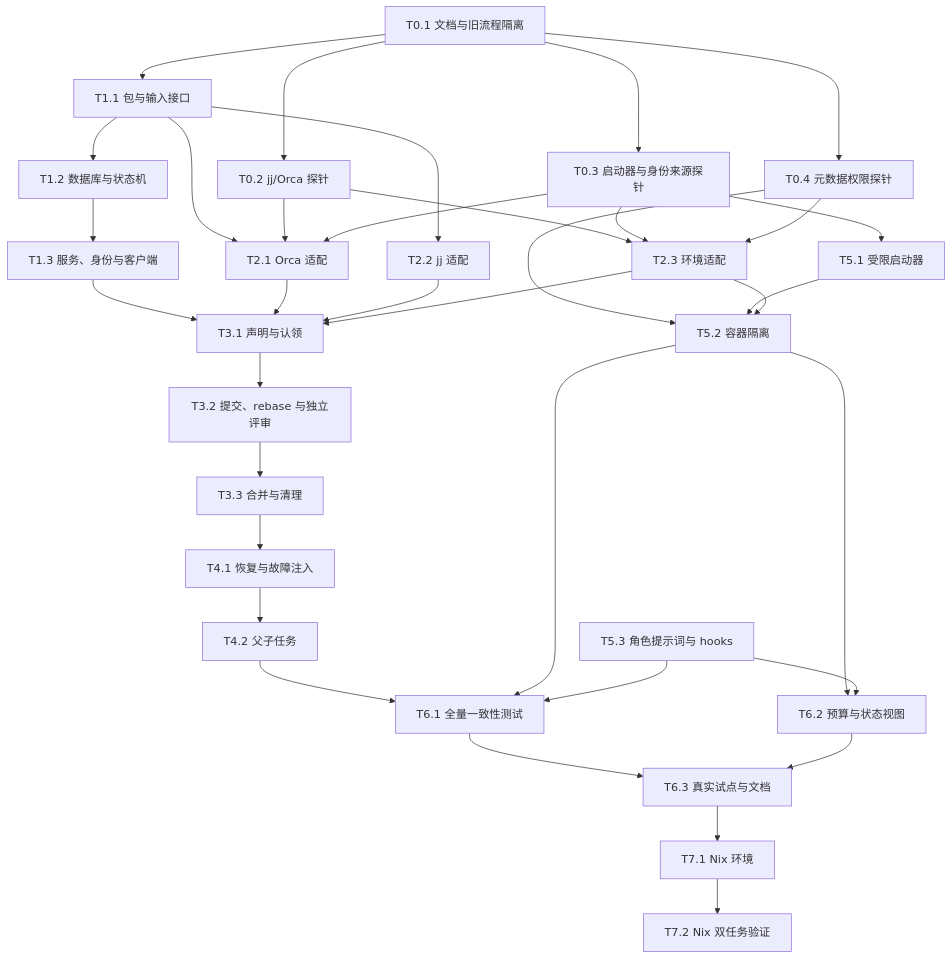
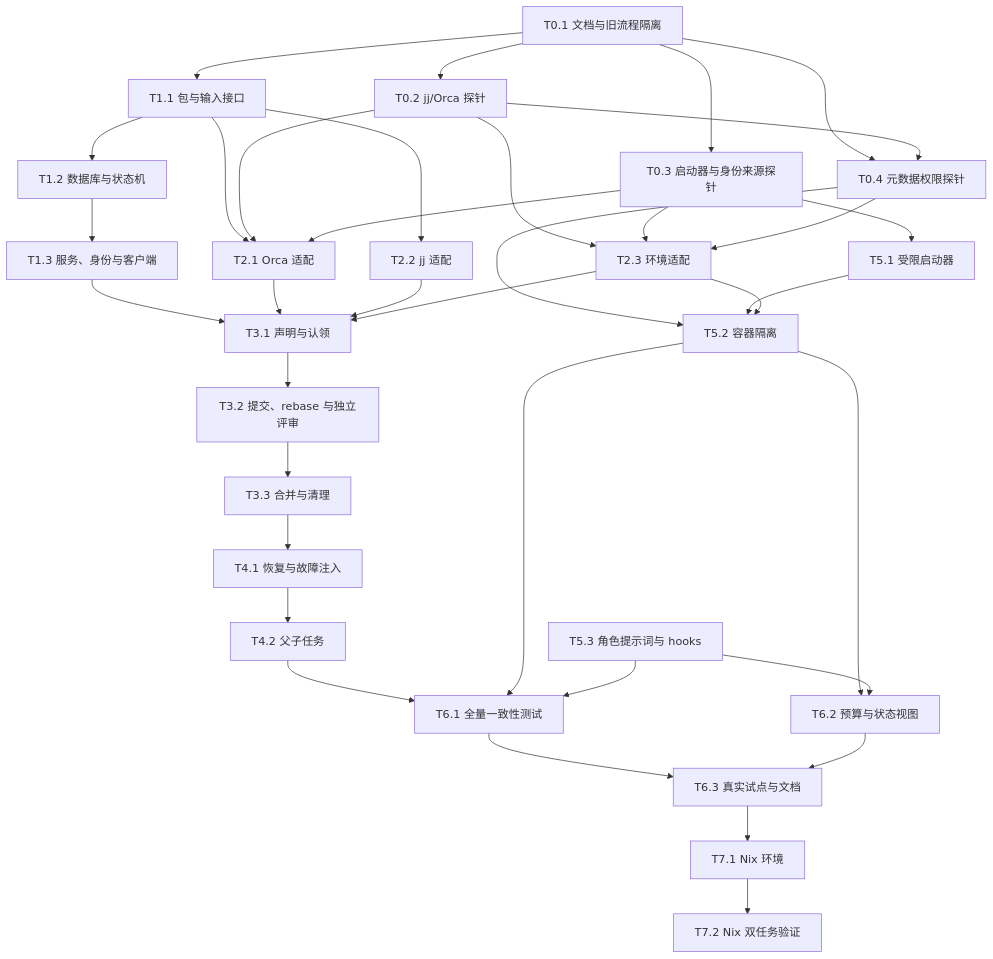
The diagram in governance-tasks.md (a20185/orca-workflow), drawn with Mermaid before and after one commit. The commit also changed other lines of this file and 1 other file, not shown here.

````diff
--- a/governance-tasks.md
+++ b/governance-tasks.md
@@ -65,38 +65,39 @@
 ```mermaid
 graph TD
     P01[T0.1 文档与旧流程隔离] --> P02[T0.2 jj/Orca 探针]
     P01 --> P03[T0.3 启动器与身份来源探针]
     P01 --> P04[T0.4 元数据权限探针]
     P01 --> P11[T1.1 包与输入接口]
     P02 --> P23[T2.3 环境适配]
     P03 --> P23
+    P02 --> P04
     P04 --> P23
     P03 --> P51[T5.1 受限启动器]
     P04 --> P52[T5.2 容器隔离]
 
     P11 --> P12[T1.2 数据库与状态机]
     P11 --> P21[T2.1 Orca 适配]
     P11 --> P22[T2.2 jj 适配]
     P02 --> P21
     P03 --> P21
     P12 --> P13[T1.3 服务、身份与客户端]
     P13 --> P31[T3.1 声明与认领]
     P21 --> P31
     P22 --> P31
     P23 --> P31
     P31 --> P32[T3.2 提交、rebase 与独立评审]
     P32 --> P33[T3.3 合并与清理]
     P33 --> P41[T4.1 恢复与故障注入]
     P41 --> P42[T4.2 父子任务]
     P42 --> P61[T6.1 全量一致性测试]
     P51 --> P52
     P23 --> P52
     P52 --> P61
     P53[T5.3 角色提示词与 hooks] --> P61
     P52 --> P62[T6.2 预算与状态视图]
     P53 --> P62
     P61 --> P63[T6.3 真实试点与文档]
     P62 --> P63
     P63 --> P71[T7.1 Nix 环境]
     P71 --> P72[T7.2 Nix 双任务验证]
 ```
````
